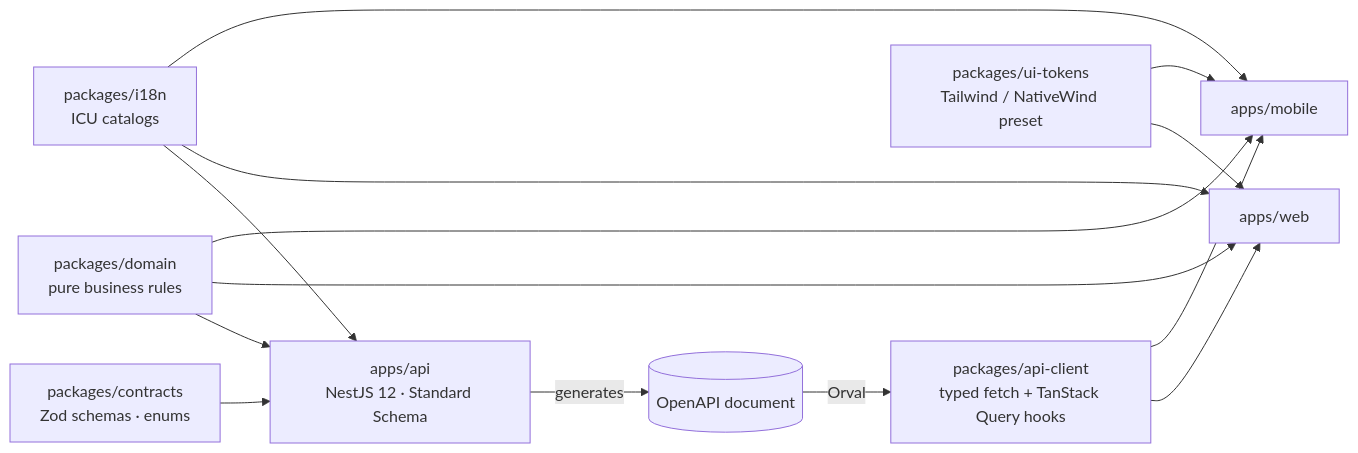
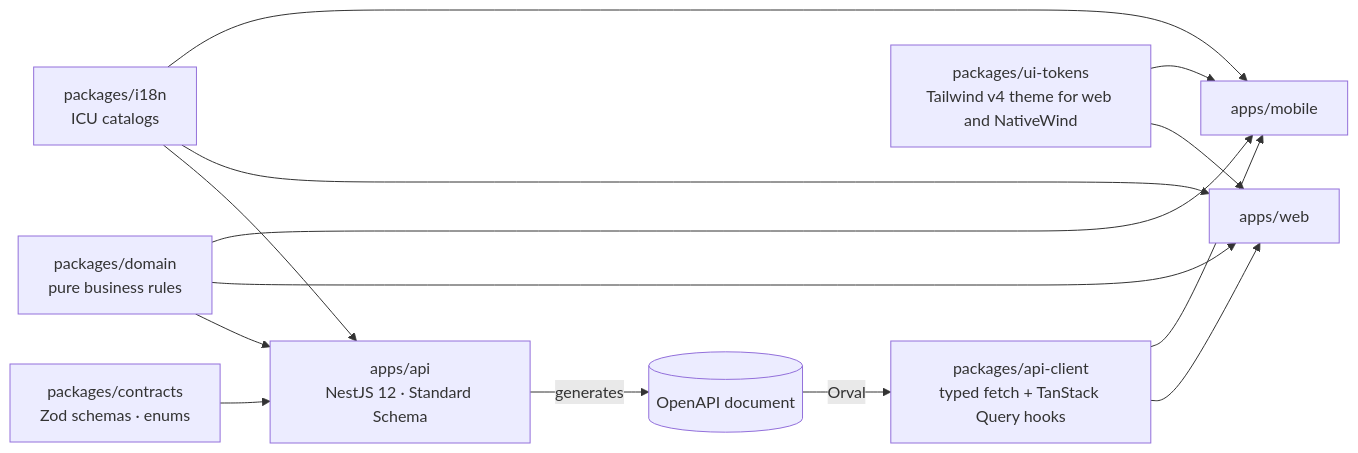
Before and after one commit to mathiramilo/football-club-management: the diagram in docs/tech/00-tech-stack.md, drawn with Mermaid. The commit also changed other lines of this file and 5 other files, not shown here.

First line of the commit message:
docs(adr): accept the shared Tailwind v4 tokens after TECH-15 (TECH-15)

````diff
--- a/docs/tech/00-tech-stack.md
+++ b/docs/tech/00-tech-stack.md
@@ -97,16 +97,16 @@
 ```mermaid
 flowchart LR
   C[packages/contracts<br/>Zod schemas · enums] --> API[apps/api<br/>NestJS 12 · Standard Schema]
   API -->|generates| OAS[(OpenAPI document)]
   OAS -->|Orval| CL[packages/api-client<br/>typed fetch + TanStack Query hooks]
   CL --> W[apps/web]
   CL --> M[apps/mobile]
   D[packages/domain<br/>pure business rules] --> API
   D --> W
   D --> M
   I[packages/i18n<br/>ICU catalogs] --> API
   I --> W
   I --> M
-  T[packages/ui-tokens<br/>Tailwind / NativeWind preset] --> W
+  T[packages/ui-tokens<br/>Tailwind v4 theme for web and NativeWind] --> W
   T --> M
 ```
````
